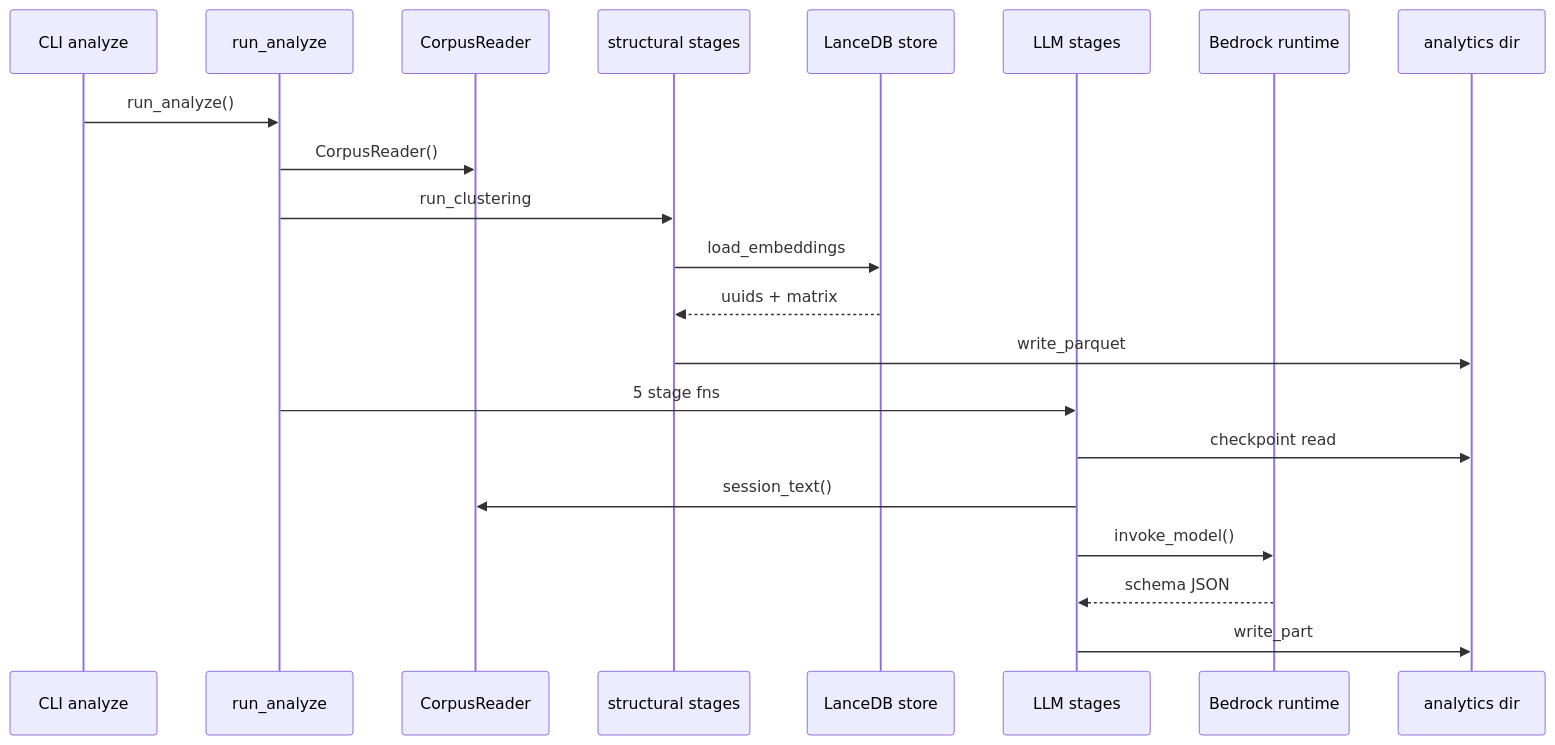
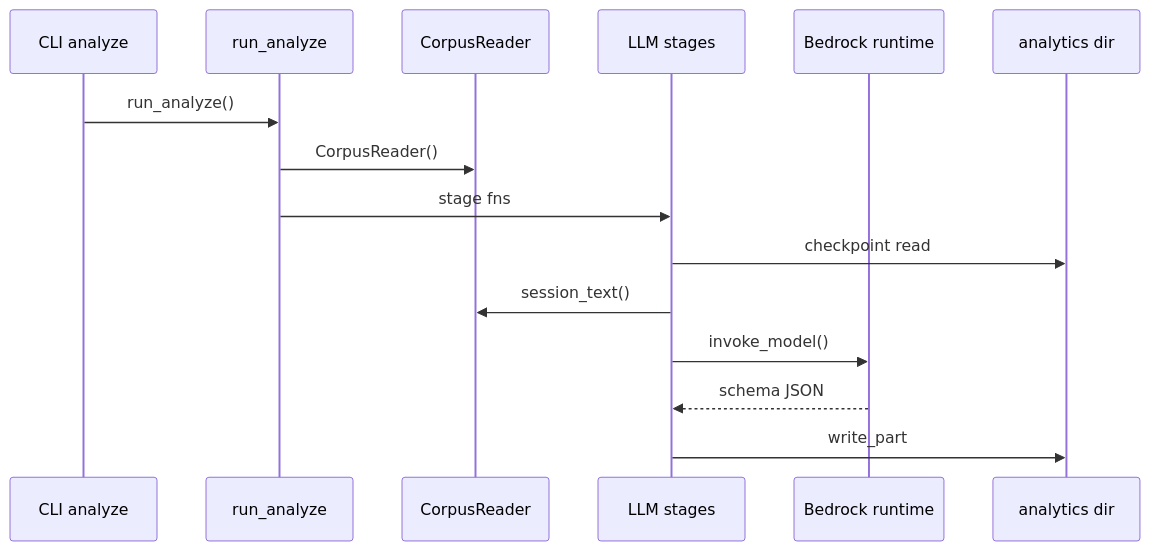
Before and after one commit to laithalsaadoon/atif-sql: the third of 3 diagrams in docs/diagrams/behavioral/sequences.md, drawn with Mermaid. The commit also changed other lines of this file and 96 other files, not shown here.

````diff
--- a/docs/diagrams/behavioral/sequences.md
+++ b/docs/diagrams/behavioral/sequences.md
@@ -98,23 +98,17 @@
 ```mermaid
 sequenceDiagram
     participant CLI as CLI analyze
     participant ORCH as run_analyze
     participant RD as CorpusReader
-    participant ST as structural stages
-    participant LN as LanceDB store
     participant LLM as LLM stages
     participant BR as Bedrock runtime
     participant AN as analytics dir
     CLI->>ORCH: run_analyze()
     ORCH->>RD: CorpusReader()
-    ORCH->>ST: run_clustering
-    ST->>LN: load_embeddings
-    LN-->>ST: uuids + matrix
-    ST->>AN: write_parquet
-    ORCH->>LLM: 5 stage fns
+    ORCH->>LLM: stage fns
     LLM->>AN: checkpoint read
     LLM->>RD: session_text()
     LLM->>BR: invoke_model()
     BR-->>LLM: schema JSON
     LLM->>AN: write_part
 ```
````
